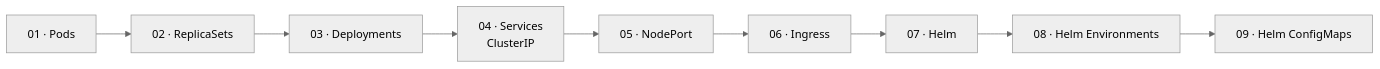
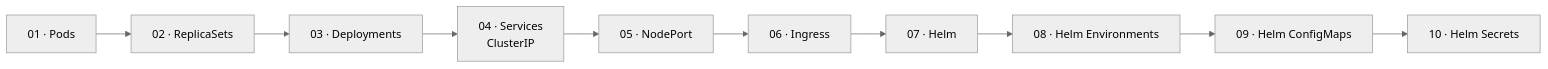
The diagram in README.md (amerinoo/kubernetes-from-zero), drawn with Mermaid (neutral theme) before and after one commit. The commit also changed other lines of this file and 11 other files, not shown here.

Commit message:
Add Helm Secrets class

````diff
--- a/README.md
+++ b/README.md
@@ -7,11 +7,12 @@
 ```mermaid
 graph LR
     P["01 · Pods"] --> RS["02 · ReplicaSets"]
     RS --> D["03 · Deployments"]
     D --> SVC["04 · Services\nClusterIP"]
     SVC --> NP["05 · NodePort"]
     NP --> ING["06 · Ingress"]
     ING --> H["07 · Helm"]
     H --> ENV["08 · Helm Environments"]
     ENV --> CM["09 · Helm ConfigMaps"]
+    CM --> SEC["10 · Helm Secrets"]
 ```
````
